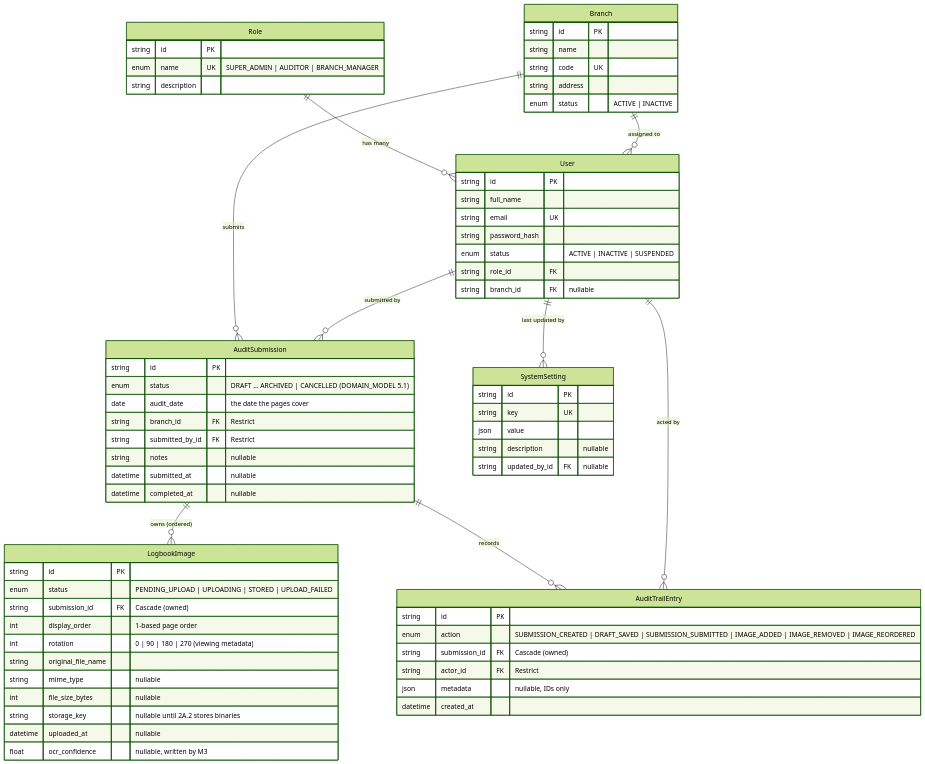
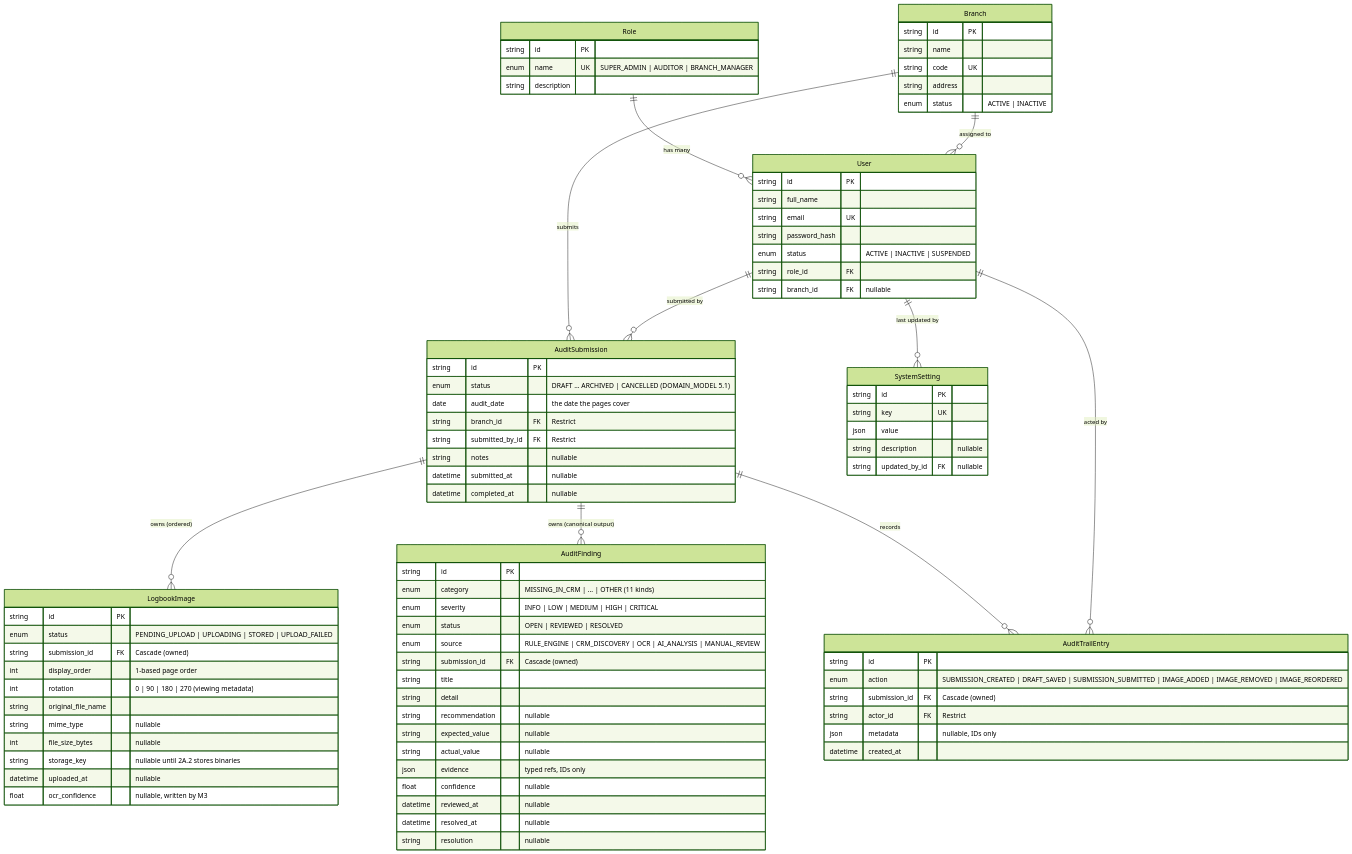
One commit to jomarvasquez14-oss/fermosa-ai-platform changed the diagram in docs/DATABASE.md. Above: the diagram before and after it, drawn with Mermaid (forest theme). The commit also changed other lines of this file and 39 other files, not shown here.

```diff
--- a/docs/DATABASE.md
+++ b/docs/DATABASE.md
@@ -13,6 +13,7 @@
     Branch ||--o{ AuditSubmission : "submits"
     User ||--o{ AuditSubmission : "submitted by"
     AuditSubmission ||--o{ LogbookImage : "owns (ordered)"
+    AuditSubmission ||--o{ AuditFinding : "owns (canonical output)"
     AuditSubmission ||--o{ AuditTrailEntry : "records"
     User ||--o{ AuditTrailEntry : "acted by"
     User ||--o{ SystemSetting : "last updated by"
@@ -66,6 +67,25 @@
         float ocr_confidence "nullable, written by M3"
     }
 
+    AuditFinding {
+        string id PK
+        enum category "MISSING_IN_CRM | ... | OTHER (11 kinds)"
+        enum severity "INFO | LOW | MEDIUM | HIGH | CRITICAL"
+        enum status "OPEN | REVIEWED | RESOLVED"
+        enum source "RULE_ENGINE | CRM_DISCOVERY | OCR | AI_ANALYSIS | MANUAL_REVIEW"
+        string submission_id FK "Cascade (owned)"
+        string title
+        string detail
+        string recommendation "nullable"
+        string expected_value "nullable"
+        string actual_value "nullable"
+        json evidence "typed refs, IDs only"
+        float confidence "nullable"
+        datetime reviewed_at "nullable"
+        datetime resolved_at "nullable"
+        string resolution "nullable"
+    }
+
     AuditTrailEntry {
         string id PK
         enum action "SUBMISSION_CREATED | DRAFT_SAVED | SUBMISSION_SUBMITTED | IMAGE_ADDED | IMAGE_REMOVED | IMAGE_REORDERED"
```
